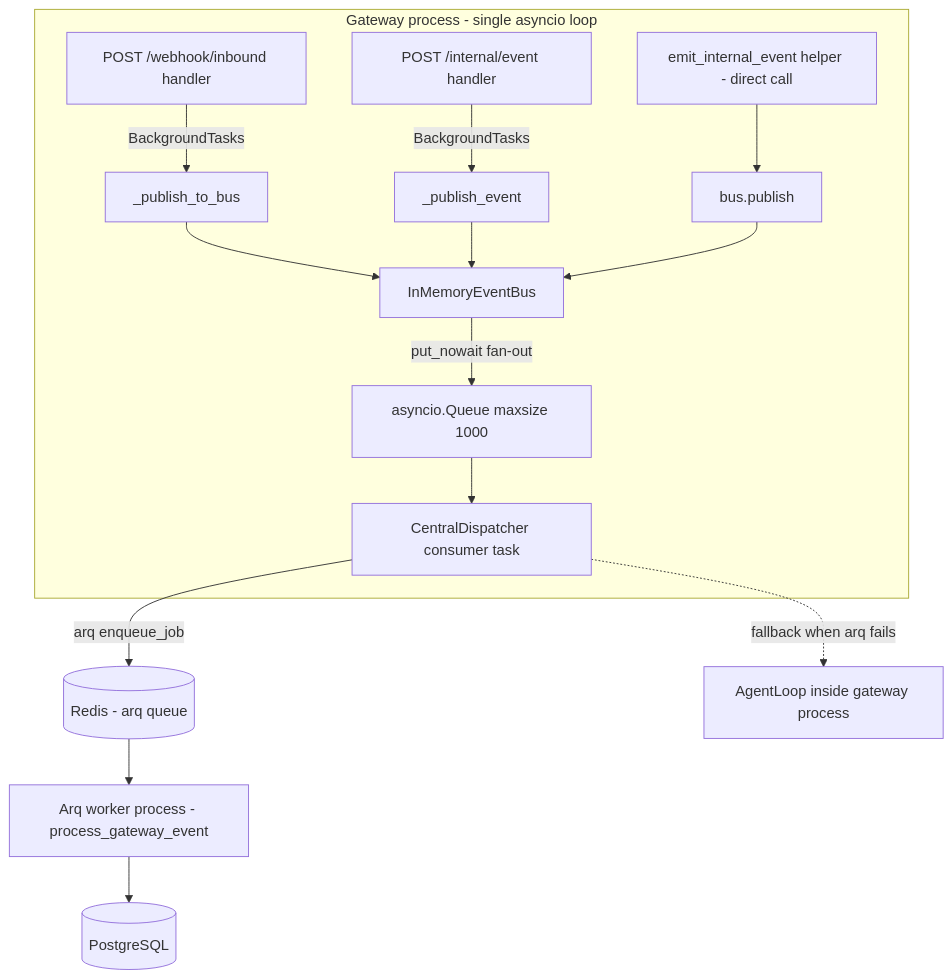
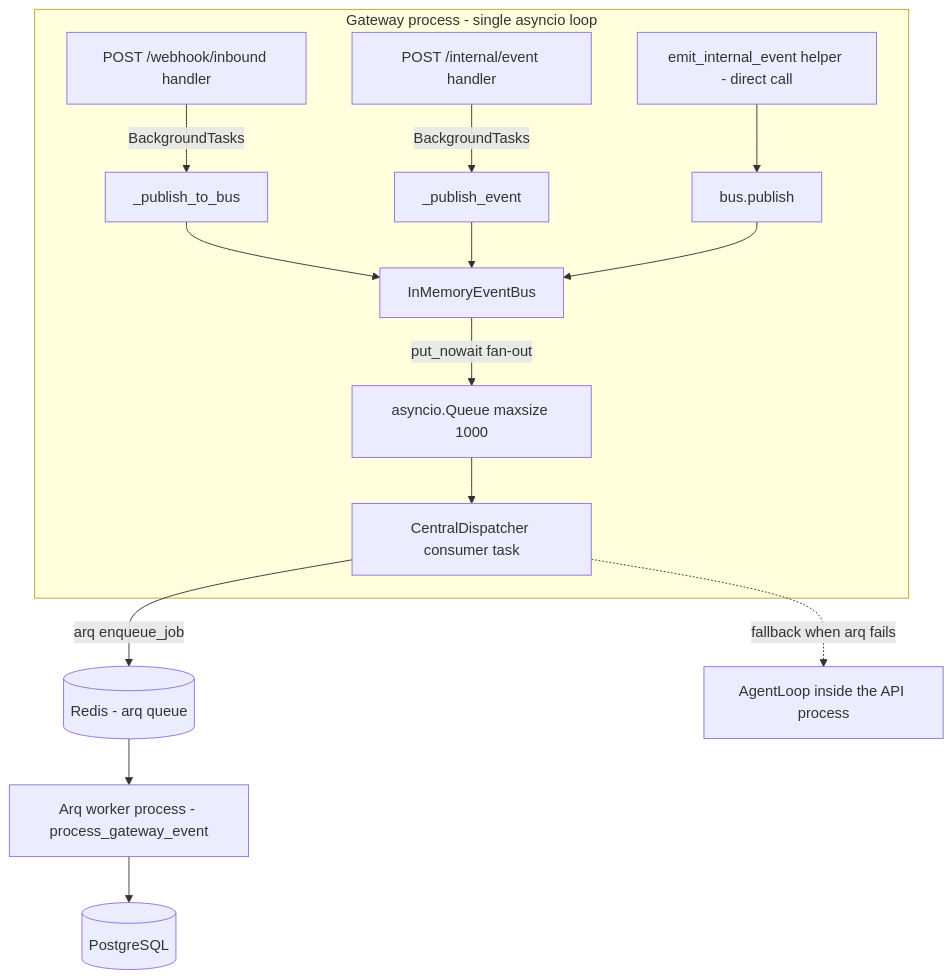
One commit to gondolerahul/hire-buddha-app changed the seventh of 22 diagrams in docs/current/13-gateway-and-realtime.md. Above: the diagram before and after it, drawn with Mermaid. The commit also changed other lines of this file and 61 other files, not shown here.

````diff
--- a/docs/current/13-gateway-and-realtime.md
+++ b/docs/current/13-gateway-and-realtime.md
@@ -776,18 +508,18 @@
 ```mermaid
 flowchart TB
     subgraph GWP["Gateway process - single asyncio loop"]
         WH["POST /webhook/inbound handler"] -->|BackgroundTasks| PUB1["_publish_to_bus"]
         IE["POST /internal/event handler"] -->|BackgroundTasks| PUB2["_publish_event"]
         HLP["emit_internal_event helper - direct call"] --> PUB3["bus.publish"]
         PUB1 --> BUS["InMemoryEventBus"]
         PUB2 --> BUS
         PUB3 --> BUS
         BUS -->|put_nowait fan-out| Q1["asyncio.Queue maxsize 1000"]
         Q1 --> DISP["CentralDispatcher consumer task"]
     end
 
     DISP -->|arq enqueue_job| RQ[("Redis - arq queue")]
     RQ --> WORK["Arq worker process - process_gateway_event"]
     WORK --> DB[("PostgreSQL")]
-    DISP -.fallback when arq fails.-> INPROC["AgentLoop inside gateway process"]
+    DISP -.fallback when arq fails.-> INPROC["AgentLoop inside the API process"]
 ```
````
